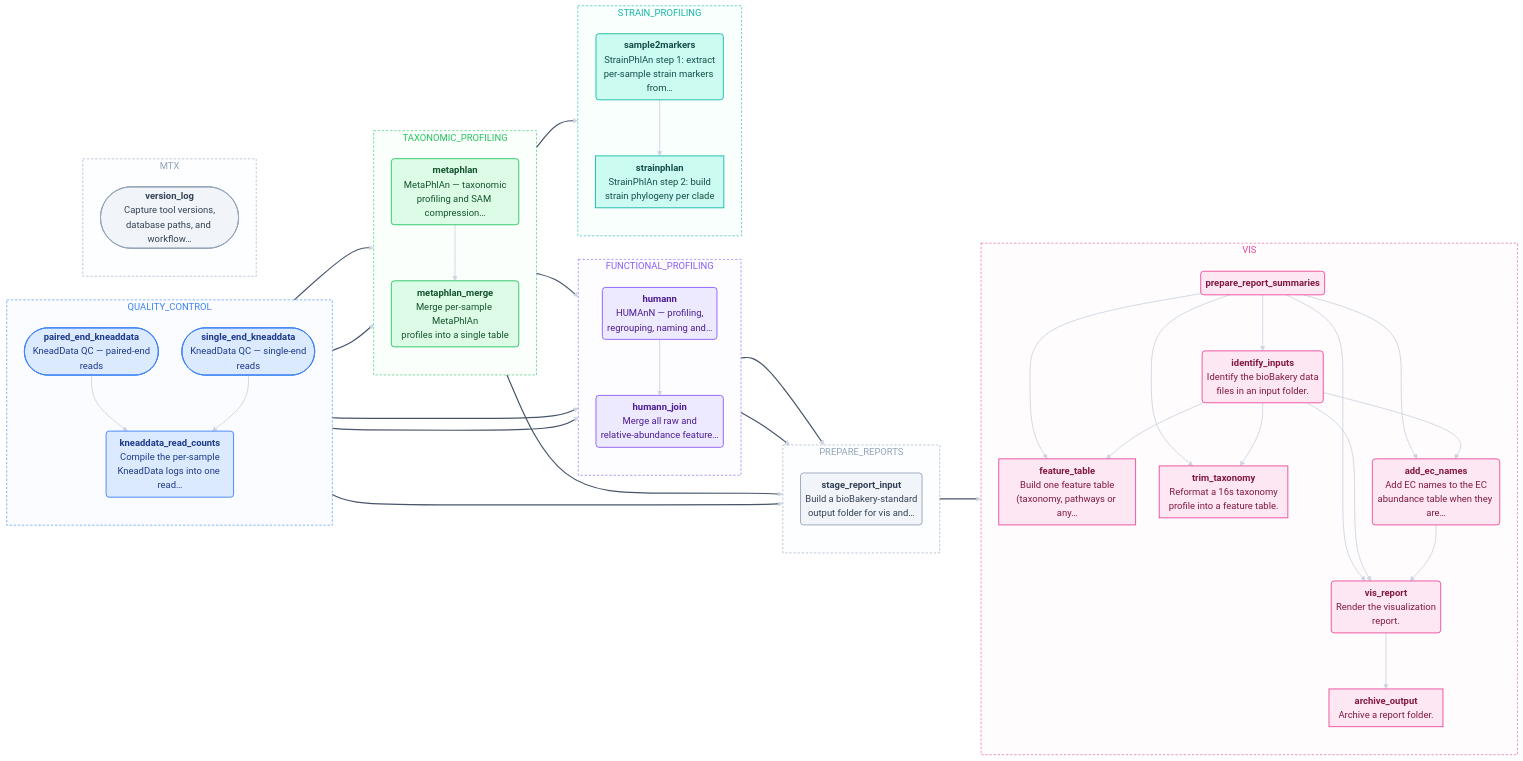
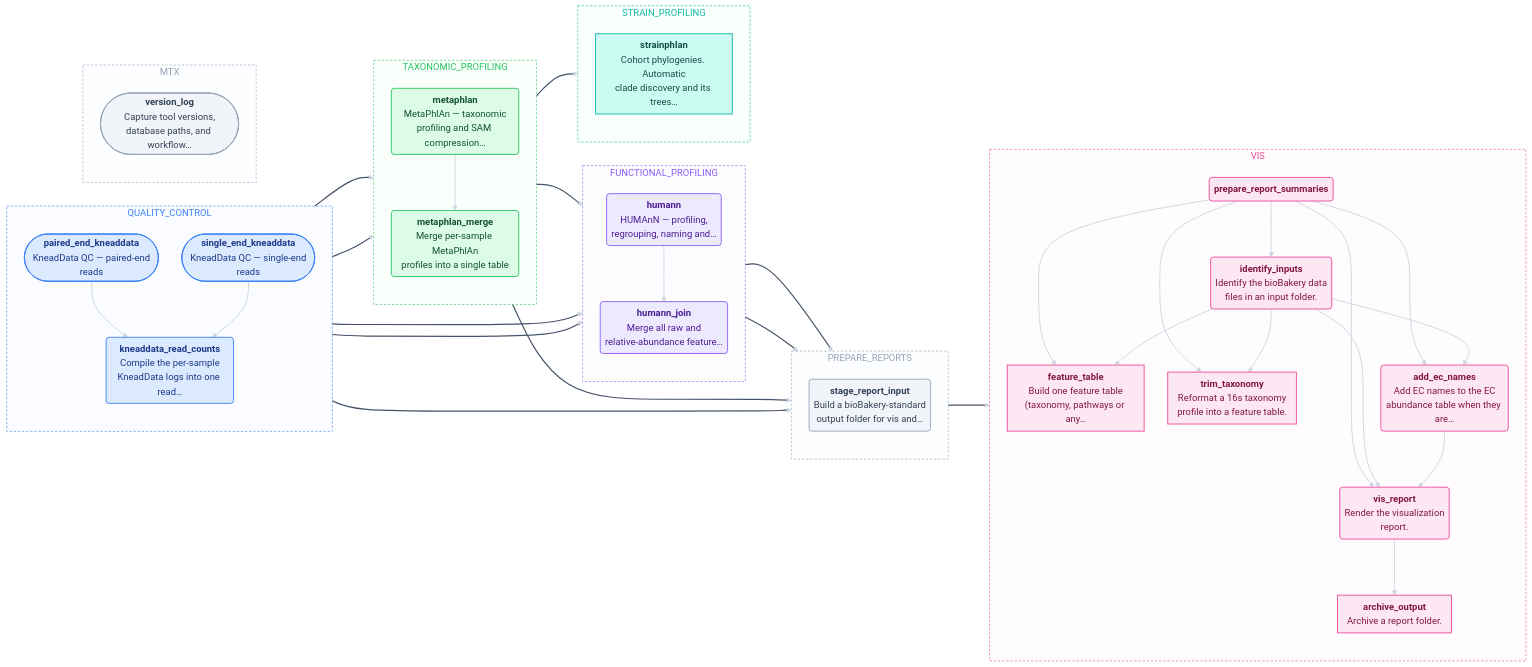
The third of 7 diagrams in docs/workflow_reference.md (biobakery/biobakery-nextflow), drawn with Mermaid (forest theme) before and after one commit. The commit also changed other lines of this file, not shown here.

````diff
--- a/docs/workflow_reference.md
+++ b/docs/workflow_reference.md
@@ -354,8 +351,7 @@
     end
     subgraph STRAIN_PROFILING
         direction TB
-        sample2markers("<b>sample2markers</b><br/>StrainPhlAn step 1: extract<br/>per-sample strain markers from…")
-        strainphlan["<b>strainphlan</b><br/>StrainPhlAn step 2: build<br/>strain phylogeny per clade"]
+        strainphlan["<b>strainphlan</b><br/>Cohort phylogenies. Automatic<br/>clade discovery and its trees…"]
     end
     subgraph PREPARE_REPORTS
         direction TB
@@ -385,12 +381,11 @@
     kneaddata_read_counts --> stage_report_input
     metaphlan --> metaphlan_merge
     metaphlan --> humann
-    metaphlan --> sample2markers
+    metaphlan --> strainphlan
     metaphlan_merge --> stage_report_input
     humann --> humann_join
     humann --> stage_report_input
     humann_join --> stage_report_input
-    sample2markers --> strainphlan
     stage_report_input --> prepare_report_summaries
     prepare_report_summaries --> identify_inputs
     prepare_report_summaries --> feature_table
@@ -419,7 +414,7 @@
     classDef stage2 fill:#ede9fe,stroke:#8b5cf6,stroke-width:1.5px,color:#4c1d95
     class humann,humann_join stage2
     classDef stage3 fill:#ccfbf1,stroke:#14b8a6,stroke-width:1.5px,color:#134e4a
-    class sample2markers,strainphlan stage3
+    class strainphlan stage3
     classDef stage4 fill:#f1f5f9,stroke:#94a3b8,stroke-width:1.5px,color:#334155
     class stage_report_input stage4
     classDef stage5 fill:#fce7f3,stroke:#ec4899,stroke-width:1.5px,color:#831843
@@ -428,5 +423,5 @@
     class version_log stage6
 
     linkStyle default stroke:#cbd5e1,stroke-width:1.5px
-    linkStyle 1,2,4,5,6,8,9,10,12,13,15 stroke:#475569,stroke-width:2px
+    linkStyle 1,2,4,5,6,8,9,10,12,13,14 stroke:#475569,stroke-width:2px
 ```
````
